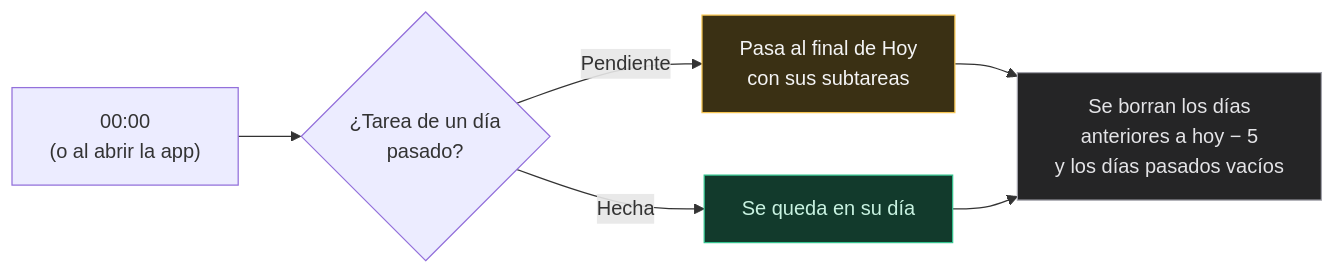
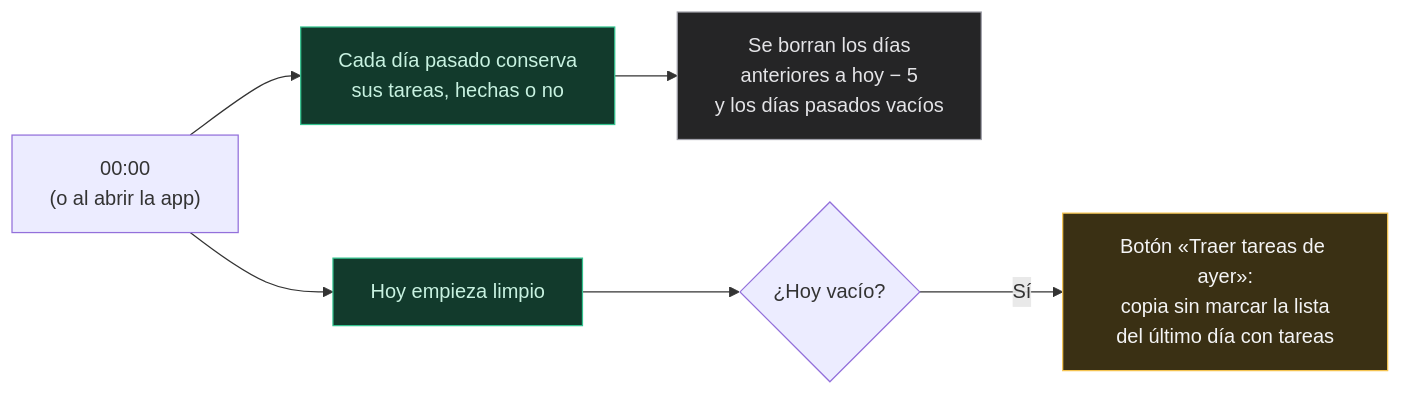
One commit to saulolo/my-sticky-notes-frontend changed the diagram in README.md. Above: the diagram before and after it, drawn with Mermaid. The commit also changed other lines of this file and 15 other files, not shown here.

````diff
--- a/README.md
+++ b/README.md
@@ -160,15 +160,15 @@
 ```mermaid
 flowchart LR
-    A["00:00<br/>(o al abrir la app)"] --> B{"¿Tarea de un día<br/>pasado?"}
-    B -- "Pendiente" --> C["Pasa al final de Hoy<br/>con sus subtareas"]
-    B -- "Hecha" --> D["Se queda en su día"]
-    C --> E["Se borran los días<br/>anteriores a hoy − 5<br/>y los días pasados vacíos"]
-    D --> E
+    A["00:00<br/>(o al abrir la app)"] --> B["Cada día pasado conserva<br/>sus tareas, hechas o no"]
+    A --> C["Hoy empieza limpio"]
+    B --> D["Se borran los días<br/>anteriores a hoy − 5<br/>y los días pasados vacíos"]
+    C --> E{"¿Hoy vacío?"}
+    E -- "Sí" --> F["Botón «Traer tareas de ayer»:<br/>copia sin marcar la lista<br/>del último día con tareas"]
 
     classDef move fill:#3a3014,stroke:#F5C451,color:#f4f4f5
     classDef keep fill:#123a2c,stroke:#34c38f,color:#c8f2e1
     classDef clean fill:#252526,stroke:#a1a1aa,color:#e4e4e7
-    class C move
-    class D keep
-    class E clean
+    class F move
+    class B,C keep
+    class D clean
 ```
````
